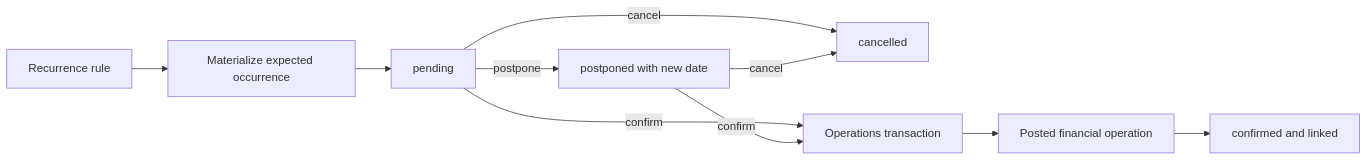
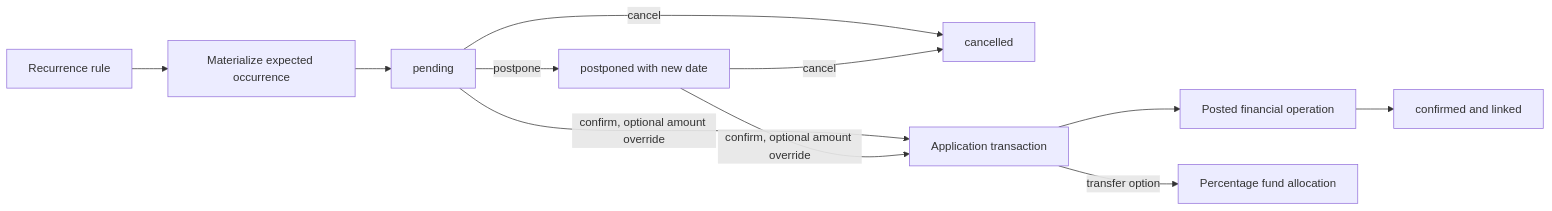
The sixth of 7 diagrams in docs/architecture/data-flow.md (Gollardo/hermes), drawn with Mermaid before and after one commit. The commit also changed other lines of this file and 37 other files, not shown here.

Commit message:
feat: support fund allocation for scheduled transfers

````diff
--- a/docs/architecture/data-flow.md
+++ b/docs/architecture/data-flow.md
@@ -146,12 +146,13 @@
 ```mermaid
 flowchart LR
     Rule["Recurrence rule"] --> Generate["Materialize expected occurrence"]
     Generate --> Pending["pending"]
     Pending -->|postpone| Postponed["postponed with new date"]
     Pending -->|cancel| Cancelled["cancelled"]
     Postponed -->|cancel| Cancelled
-    Pending -->|confirm| Tx["Operations transaction"]
-    Postponed -->|confirm| Tx
+    Pending -->|confirm, optional amount override| Tx["Application transaction"]
+    Postponed -->|confirm, optional amount override| Tx
     Tx --> Actual["Posted financial operation"]
+    Tx -->|transfer option| Allocation["Percentage fund allocation"]
     Actual --> Confirmed["confirmed and linked"]
 ```
````
